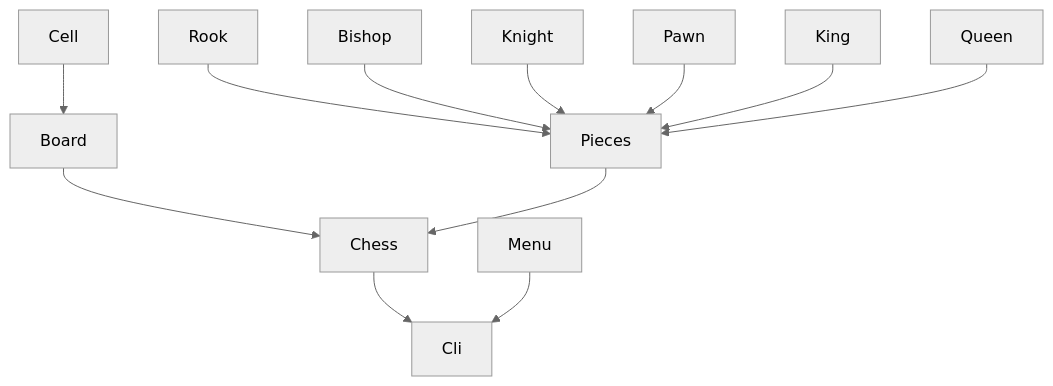
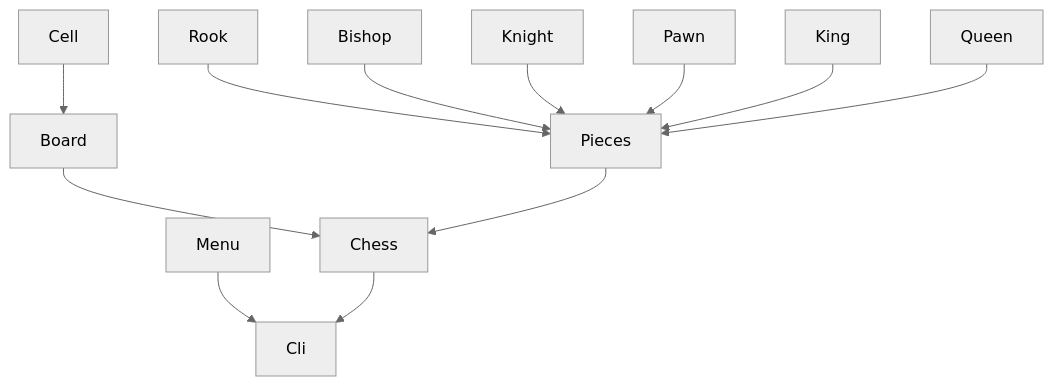
Before and after one commit to um-computacion-tm/ajedrez-2024-AugustoGiuffrida: the diagram in README.md, drawn with Mermaid (neutral theme). The commit also changed other lines of this file, not shown here.

````diff
--- a/README.md
+++ b/README.md
@@ -53,14 +67,14 @@
 ```mermaid
 graph TD;
+    Cell-->Board;
+    Board-->Chess;
+    Menu-->Cli;
+    Chess-->Cli;
+    Pieces-->Chess;
     Rook-->Pieces;
     Bishop-->Pieces;
     Knight-->Pieces;
     Pawn-->Pieces;
     King-->Pieces;
     Queen-->Pieces;
-    Chess-->Cli;
-    Menu-->Cli;
-    Board-->Chess;
-    Pieces-->Chess;
-    Cell-->Board;
 ```
````
